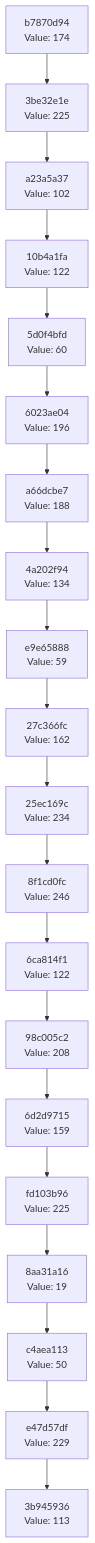
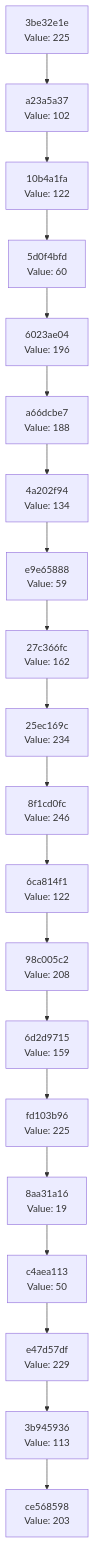
The diagram in docs/CHAIN_VISUALIZATION.md (Abhisheksinha1506/hash-chain-evolver), drawn with Mermaid before and after one commit. The commit also changed 3 other files, not shown here.

````diff
--- a/docs/CHAIN_VISUALIZATION.md
+++ b/docs/CHAIN_VISUALIZATION.md
@@ -3,42 +3,42 @@
 ```mermaid
 graph TD
-    C0["3b945936<br/>Value: 113"]
-    C1["e47d57df<br/>Value: 229"]
+    C0["ce568598<br/>Value: 203"]
+    C1["3b945936<br/>Value: 113"]
     C1 --> C0
-    C2["c4aea113<br/>Value: 50"]
+    C2["e47d57df<br/>Value: 229"]
     C2 --> C1
-    C3["8aa31a16<br/>Value: 19"]
+    C3["c4aea113<br/>Value: 50"]
     C3 --> C2
-    C4["fd103b96<br/>Value: 225"]
+    C4["8aa31a16<br/>Value: 19"]
     C4 --> C3
-    C5["6d2d9715<br/>Value: 159"]
+    C5["fd103b96<br/>Value: 225"]
     C5 --> C4
-    C6["98c005c2<br/>Value: 208"]
+    C6["6d2d9715<br/>Value: 159"]
     C6 --> C5
-    C7["6ca814f1<br/>Value: 122"]
+    C7["98c005c2<br/>Value: 208"]
     C7 --> C6
-    C8["8f1cd0fc<br/>Value: 246"]
+    C8["6ca814f1<br/>Value: 122"]
     C8 --> C7
-    C9["25ec169c<br/>Value: 234"]
+    C9["8f1cd0fc<br/>Value: 246"]
     C9 --> C8
-    C10["27c366fc<br/>Value: 162"]
+    C10["25ec169c<br/>Value: 234"]
     C10 --> C9
-    C11["e9e65888<br/>Value: 59"]
+    C11["27c366fc<br/>Value: 162"]
     C11 --> C10
-    C12["4a202f94<br/>Value: 134"]
+    C12["e9e65888<br/>Value: 59"]
     C12 --> C11
-    C13["a66dcbe7<br/>Value: 188"]
+    C13["4a202f94<br/>Value: 134"]
     C13 --> C12
-    C14["6023ae04<br/>Value: 196"]
+    C14["a66dcbe7<br/>Value: 188"]
     C14 --> C13
-    C15["5d0f4bfd<br/>Value: 60"]
+    C15["6023ae04<br/>Value: 196"]
     C15 --> C14
-    C16["10b4a1fa<br/>Value: 122"]
+    C16["5d0f4bfd<br/>Value: 60"]
     C16 --> C15
-    C17["a23a5a37<br/>Value: 102"]
+    C17["10b4a1fa<br/>Value: 122"]
     C17 --> C16
-    C18["3be32e1e<br/>Value: 225"]
+    C18["a23a5a37<br/>Value: 102"]
     C18 --> C17
-    C19["b7870d94<br/>Value: 174"]
+    C19["3be32e1e<br/>Value: 225"]
     C19 --> C18
 ```
````
